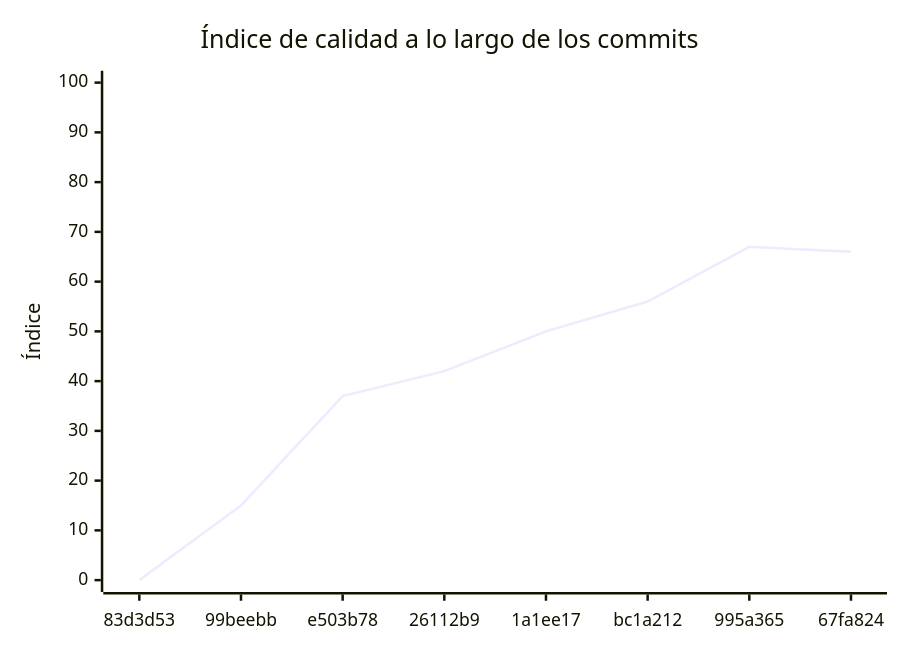
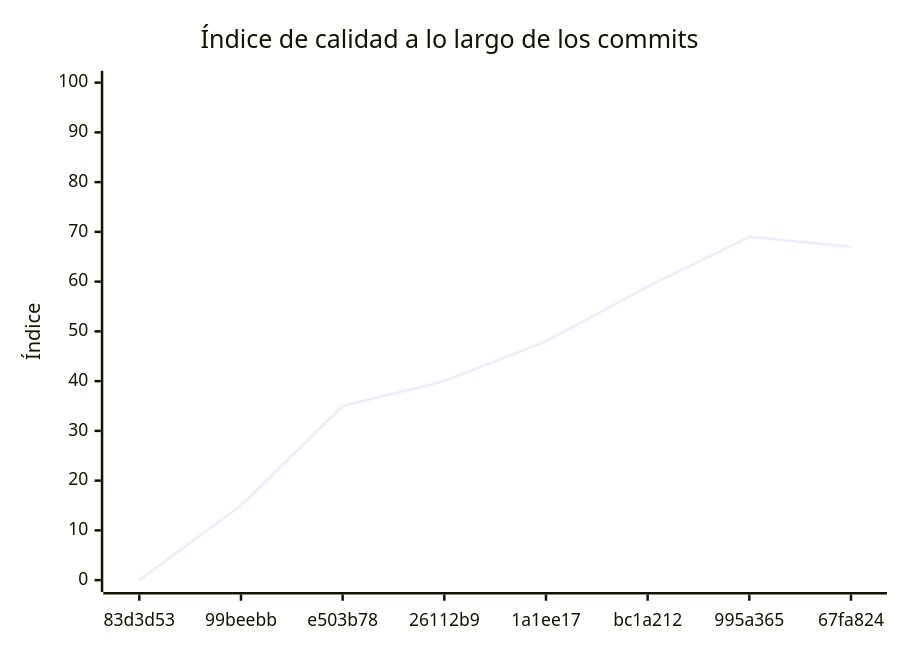
Before and after one commit to prog2-yanez/servicio-catalogo: the diagram in docs/EVALUACION.md, drawn with Mermaid. The commit also changed other lines of this file and 1 other file, not shown here.

````diff
--- a/docs/EVALUACION.md
+++ b/docs/EVALUACION.md
@@ -223,7 +156,7 @@
 ```mermaid
 xychart-beta
     title "Índice de calidad a lo largo de los commits"
     x-axis ["83d3d53", "99beebb", "e503b78", "26112b9", "1a1ee17", "bc1a212", "995a365", "67fa824"]
     y-axis "Índice" 0 --> 100
-    line [0, 15, 37, 42, 50, 56, 67, 66]
+    line [0, 15, 35, 40, 48, 59, 69, 67]
 ```
````
